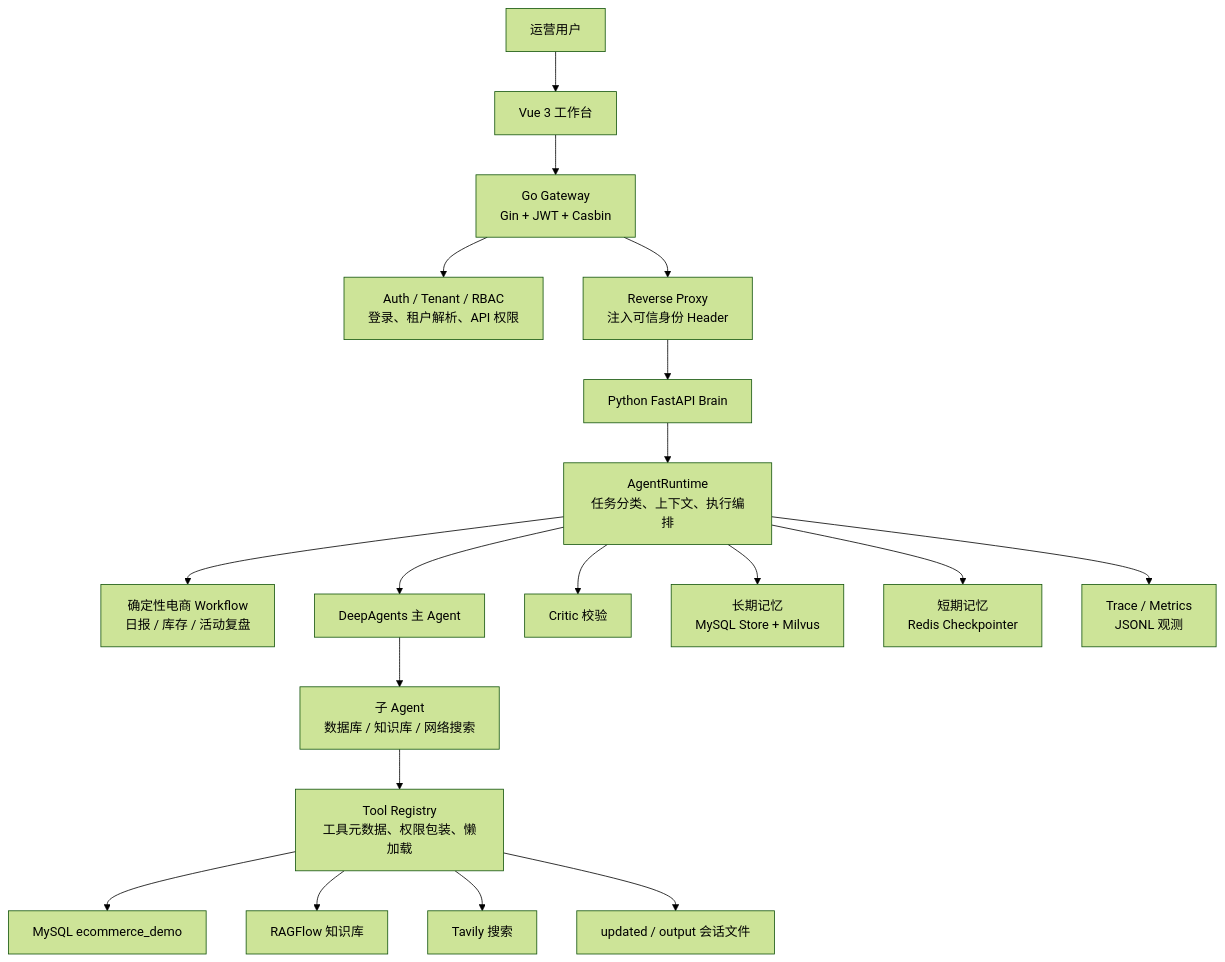
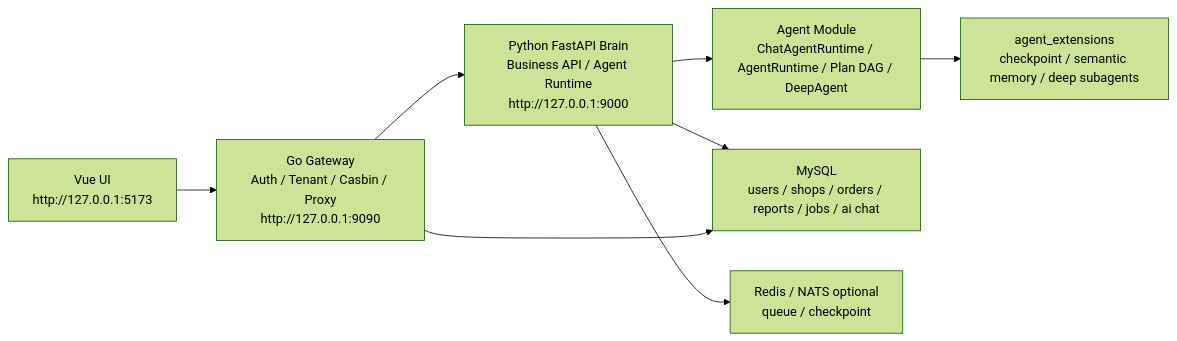
The first of 2 diagrams in README.md (lbk119/EcommerceAgent), drawn with Mermaid (forest theme) before and after one commit. The commit also changed other lines of this file and 81 other files, not shown here.

Commit message:
docs: rewrite README and finalize agent runtime refactor

````diff
--- a/README.md
+++ b/README.md
@@ -15,25 +15,10 @@
 ```mermaid
-flowchart TB
-    User["运营用户"] --> UI["Vue 3 工作台"]
-
-    UI --> Gateway["Go Gateway<br/>Gin + JWT + Casbin"]
-    Gateway --> Auth["Auth / Tenant / RBAC<br/>登录、租户解析、API 权限"]
-    Gateway --> Proxy["Reverse Proxy<br/>注入可信身份 Header"]
-
-    Proxy --> Brain["Python FastAPI Brain"]
-    Brain --> Runtime["AgentRuntime<br/>任务分类、上下文、执行编排"]
-    Runtime --> Workflow["确定性电商 Workflow<br/>日报 / 库存 / 活动复盘"]
-    Runtime --> DeepAgent["DeepAgents 主 Agent"]
-    DeepAgent --> SubAgents["子 Agent<br/>数据库 / 知识库 / 网络搜索"]
-    SubAgents --> Tools["Tool Registry<br/>工具元数据、权限包装、懒加载"]
-
-    Tools --> MySQL["MySQL ecommerce_demo"]
-    Tools --> RAGFlow["RAGFlow 知识库"]
-    Tools --> Tavily["Tavily 搜索"]
-    Tools --> Files["updated / output 会话文件"]
-
-    Runtime --> Critic["Critic 校验"]
-    Runtime --> Memory["长期记忆<br/>MySQL Store + Milvus"]
-    Runtime --> Checkpoint["短期记忆<br/>Redis Checkpointer"]
-    Runtime --> Trace["Trace / Metrics<br/>JSONL 观测"]
+flowchart LR
+  U["Vue UI<br/>http://127.0.0.1:5173"] --> G["Go Gateway<br/>Auth / Tenant / Casbin / Proxy<br/>http://127.0.0.1:9090"]
+  G --> B["Python FastAPI Brain<br/>Business API / Agent Runtime<br/>http://127.0.0.1:9000"]
+  B --> A["Agent Module<br/>ChatAgentRuntime / AgentRuntime / Plan DAG / DeepAgent"]
+  B --> M["MySQL<br/>users / shops / orders / reports / jobs / ai chat"]
+  B --> R["Redis / NATS optional<br/>queue / checkpoint"]
+  A --> X["agent_extensions<br/>checkpoint / semantic memory / deep subagents"]
+  G --> M
 ```
````
